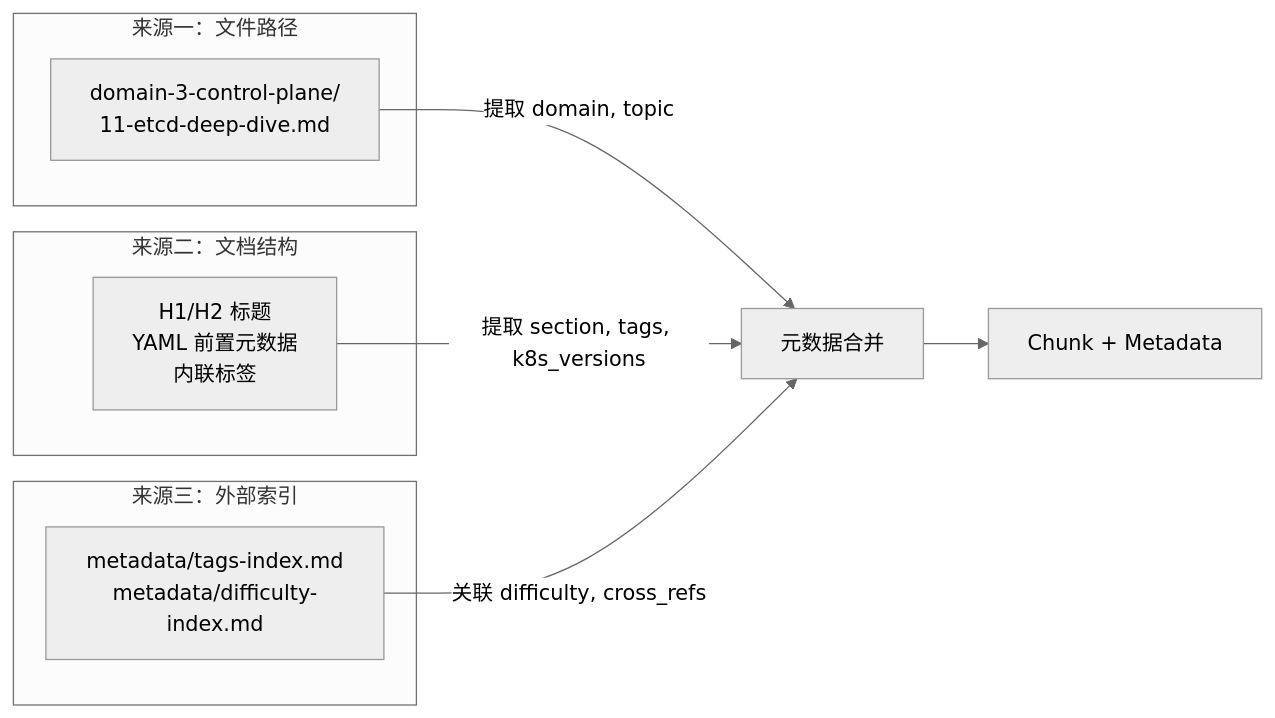
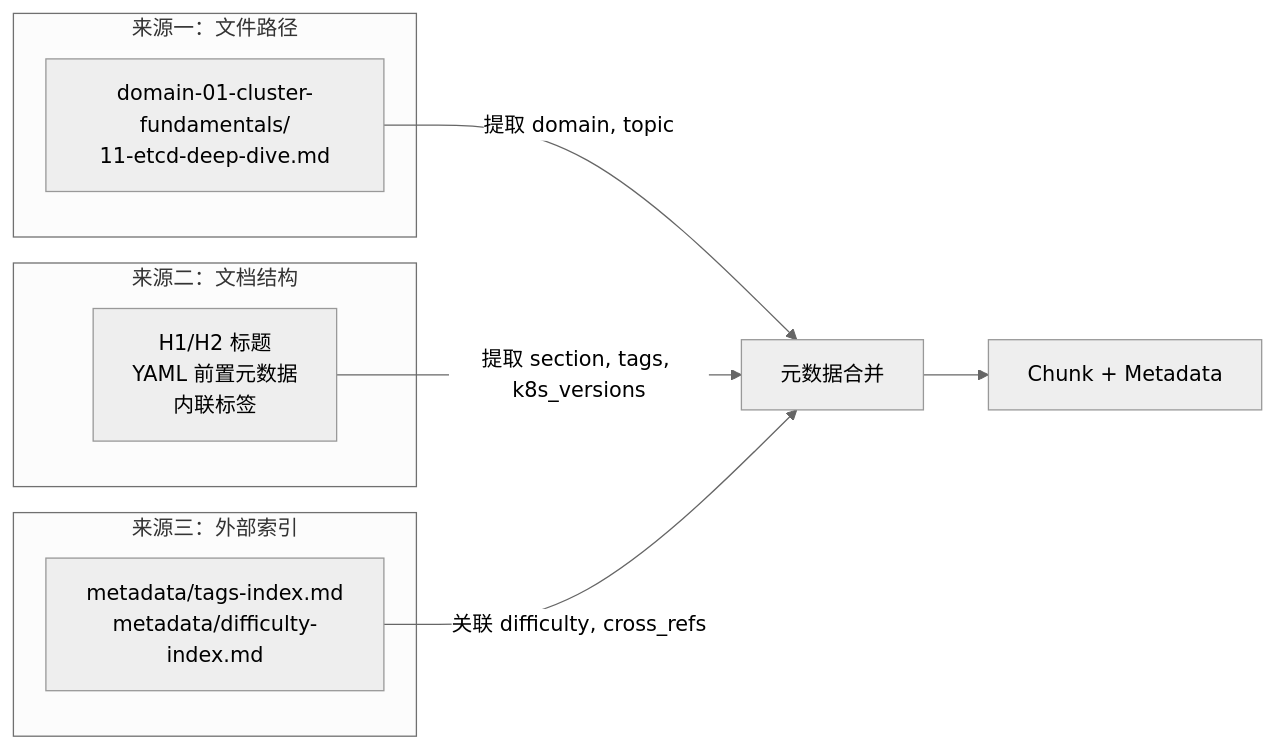
Before and after one commit to kudig-io/kudig-database: the second of 4 diagrams in .zread/wiki/drafts/19-ai-yu-liao-ku-pei-zhi-rag-fen-kuai-ce-lue-chang-jing-hua-profile-yu-xiang-liang-ku-gou-jian.md, drawn with Mermaid (neutral theme). The commit also changed other lines of this file and 8283 other files, not shown here.

````diff
--- a/.zread/wiki/drafts/19-ai-yu-liao-ku-pei-zhi-rag-fen-kuai-ce-lue-chang-jing-hua-profile-yu-xiang-liang-ku-gou-jian.md
+++ b/.zread/wiki/drafts/19-ai-yu-liao-ku-pei-zhi-rag-fen-kuai-ce-lue-chang-jing-hua-profile-yu-xiang-liang-ku-gou-jian.md
@@ -148,17 +148,17 @@
 ```mermaid
 flowchart LR
     subgraph "来源一：文件路径"
-        PATH["domain-3-control-plane/<br/>11-etcd-deep-dive.md"]
+        PATH["domain-01-cluster-fundamentals/<br/>11-etcd-deep-dive.md"]
     end
     subgraph "来源二：文档结构"
         STRUCT["H1/H2 标题<br/>YAML 前置元数据<br/>内联标签"]
     end
     subgraph "来源三：外部索引"
         IDX["metadata/tags-index.md<br/>metadata/difficulty-index.md"]
     end
 
     PATH --> |提取 domain, topic| META["元数据合并"]
     STRUCT --> |提取 section, tags, k8s_versions| META
     IDX --> |关联 difficulty, cross_refs| META
     META --> CHUNK["Chunk + Metadata"]
 ```
````
